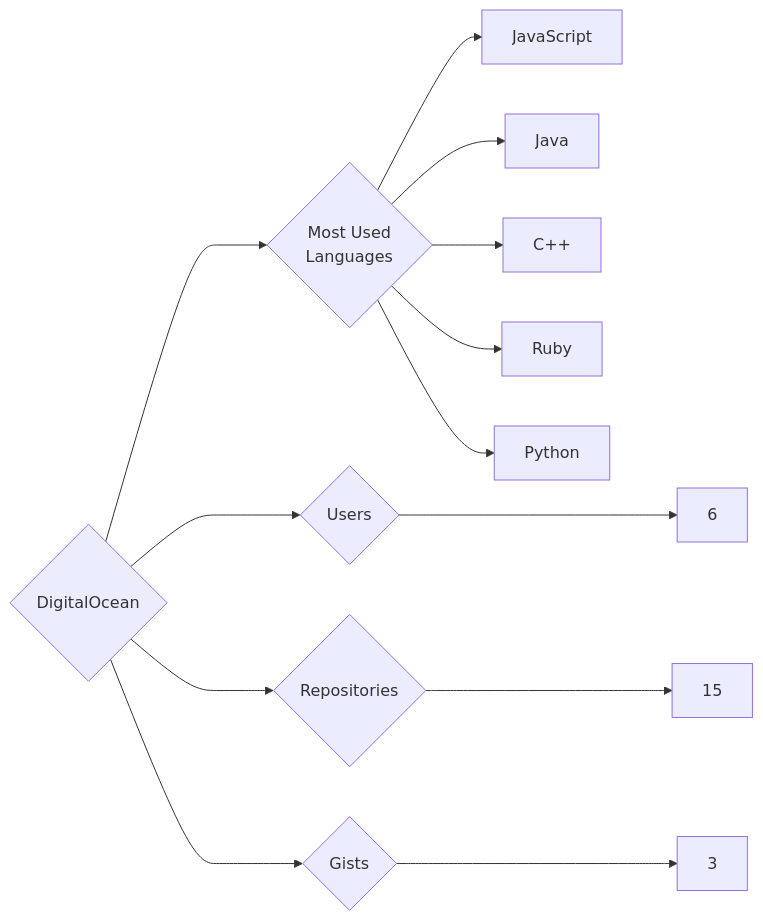
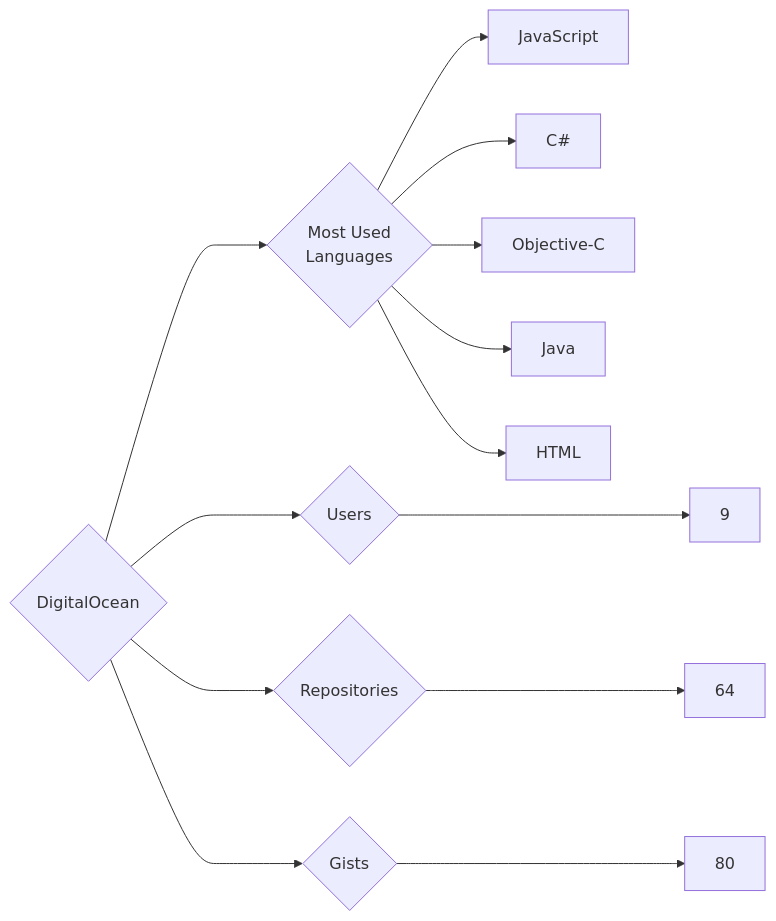
One commit to trickest/insiders changed the diagram in targets/DigitalOcean/README.md. Above: the diagram before and after it, drawn with Mermaid. The commit also changed 988 other files, not shown here.

````diff
--- a/targets/DigitalOcean/README.md
+++ b/targets/DigitalOcean/README.md
@@ -3,13 +3,13 @@
 ```mermaid
 graph LR
 COMPANY_NAME{DigitalOcean}
-COMPANY_NAME ---> U{Users} ---> UN[6]
-COMPANY_NAME ---> R{Repositories} ---> RN[15]
-COMPANY_NAME ---> G{Gists} ---> GN[3]
+COMPANY_NAME ---> U{Users} ---> UN[9]
+COMPANY_NAME ---> R{Repositories} ---> RN[64]
+COMPANY_NAME ---> G{Gists} ---> GN[80]
 COMPANY_NAME ---> ML{Most Used<br>Languages}
 ML --> JavaScript[JavaScript]
+ML --> C#[C#]
+ML --> Objective-C[Objective-C]
 ML --> Java[Java]
-ML --> C++[C++]
-ML --> Ruby[Ruby]
-ML --> Python[Python]
+ML --> HTML[HTML]
 ```
````
